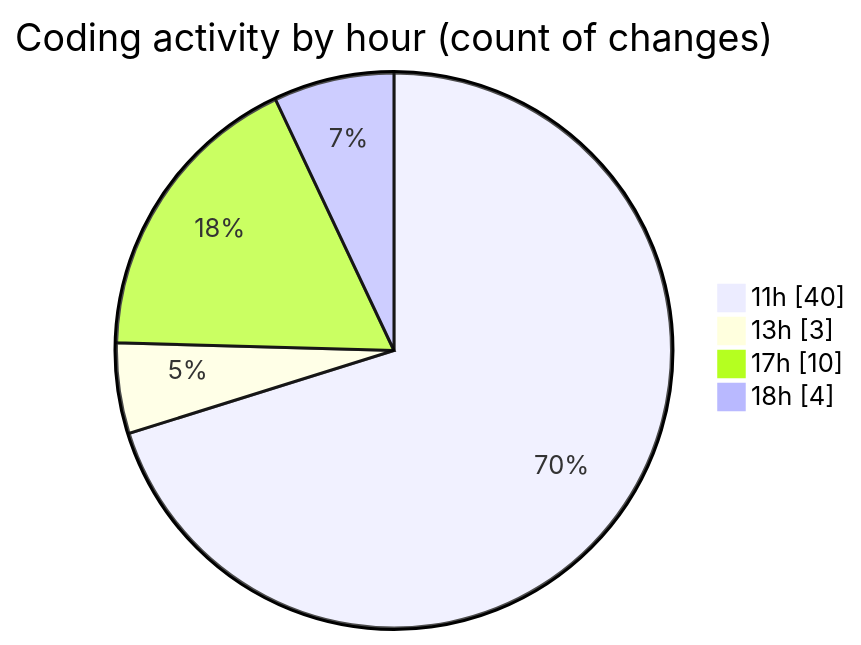
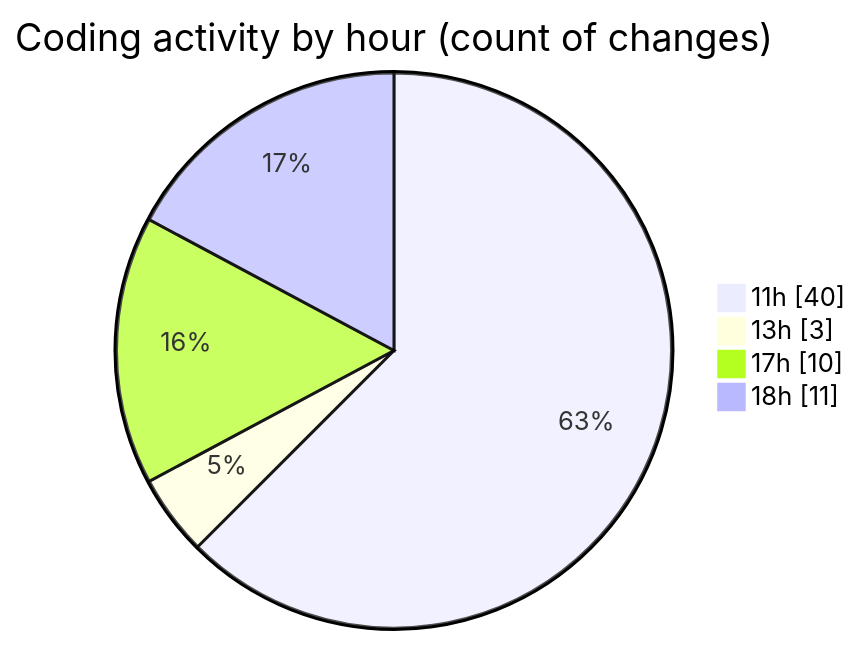
Before and after one commit to charlie-sans/code-tracking: the second of 2 diagrams in 2025-04-30/uhigh-lang/README.md, drawn with Mermaid. The commit also changed other lines of this file and 1 other file, not shown here.

````diff
--- a/2025-04-30/uhigh-lang/README.md
+++ b/2025-04-30/uhigh-lang/README.md
@@ -37,8 +37,8 @@
 ```mermaid
 pie showData
 title Coding activity by hour (count of changes)
 "11h" : 40
 "13h" : 3
 "17h" : 10
-"18h" : 4
+"18h" : 11
 ```
````
